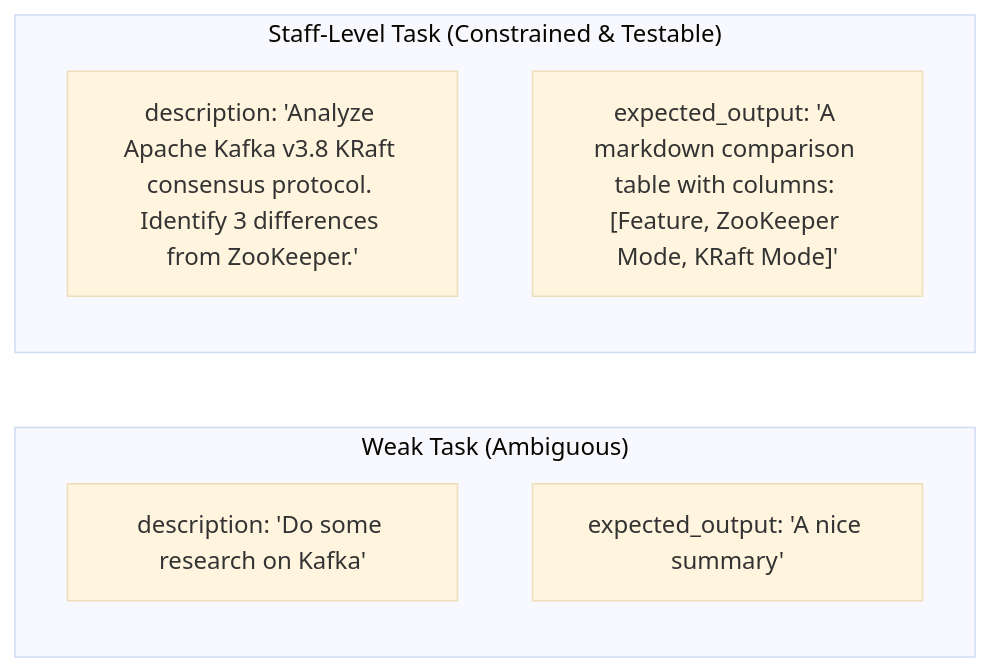
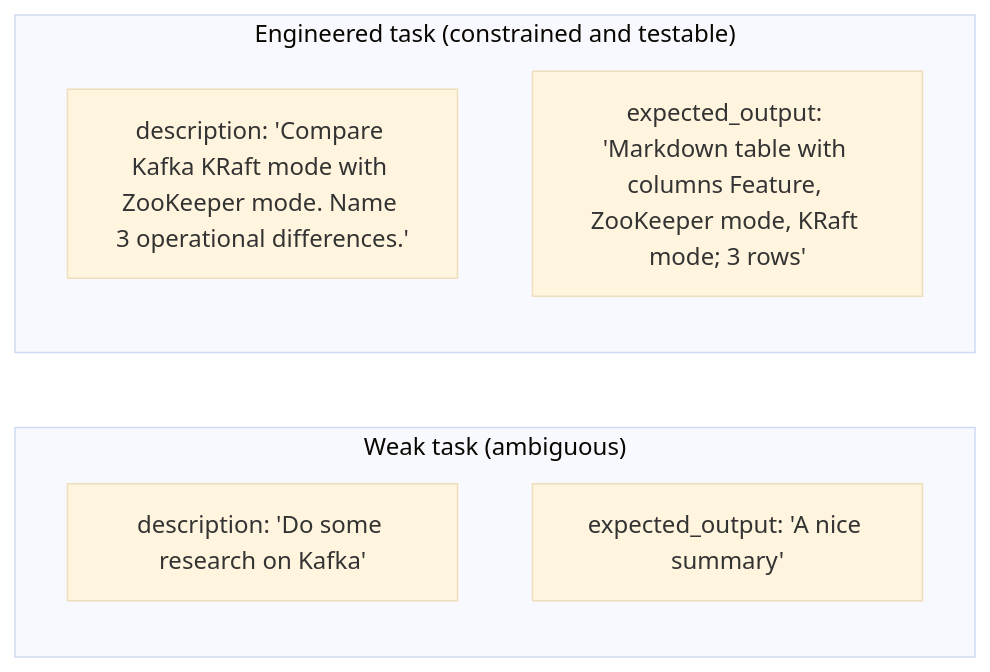
Diagram 17 of 27 in README.md (TheLearningHubOrg/learn-crewai), drawn with Mermaid (base theme) before and after one commit. The commit also changed other lines of this file and 32 other files, not shown here.

````diff
--- a/README.md
+++ b/README.md
@@ -523,12 +1379,12 @@
 ```mermaid
 flowchart LR
-    subgraph WeakTask["Weak Task (Ambiguous)"]
+    subgraph WeakTask["Weak task (ambiguous)"]
         W1["description: 'Do some research on Kafka'"]
         W2["expected_output: 'A nice summary'"]
     end
 
-    subgraph StaffTask["Staff-Level Task (Constrained & Testable)"]
-        S1["description: 'Analyze Apache Kafka v3.8 KRaft consensus protocol. Identify 3 differences from ZooKeeper.'"]
-        S2["expected_output: 'A markdown comparison table with columns: [Feature, ZooKeeper Mode, KRaft Mode]'"]
+    subgraph StaffTask["Engineered task (constrained and testable)"]
+        S1["description: 'Compare Kafka KRaft mode with ZooKeeper mode. Name 3 operational differences.'"]
+        S2["expected_output: 'Markdown table with columns Feature, ZooKeeper mode, KRaft mode; 3 rows'"]
     end
 ```
````
